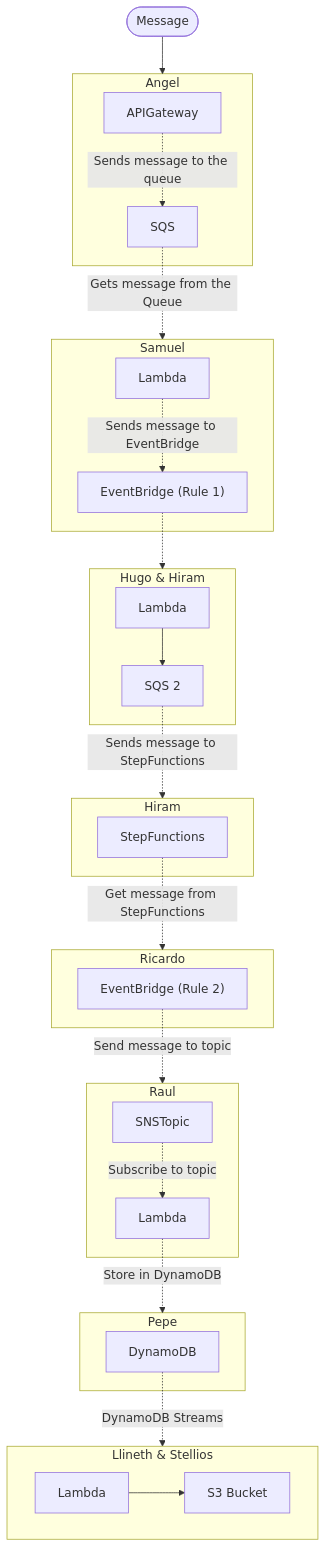
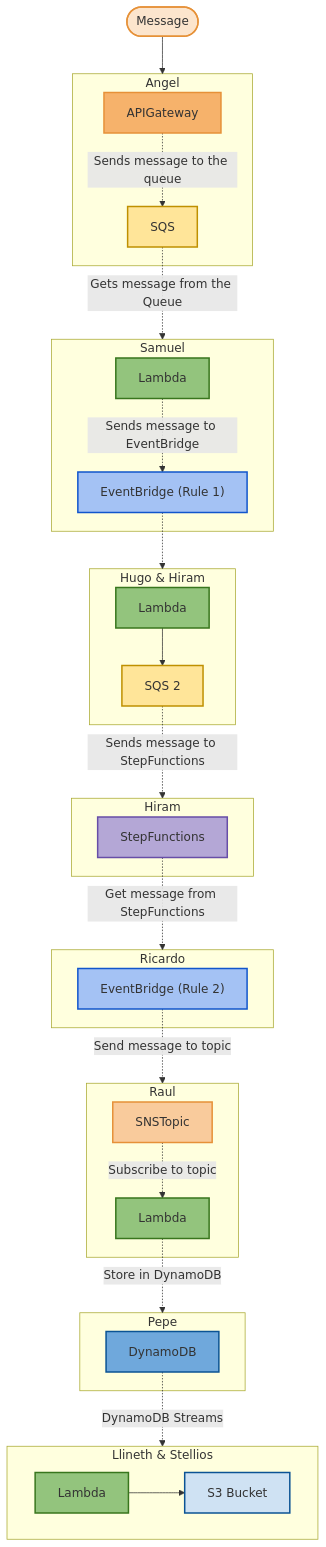
One commit to utiliware/message-router changed the diagram in README.md. Above: the diagram before and after it, drawn with Mermaid.

````diff
--- a/README.md
+++ b/README.md
@@ -1,50 +1,65 @@
 ``` mermaid
 flowchart TD
     Message([Message]) --> Angel
     
     subgraph Angel
         APIGateway -. "Sends message to the queue" .-> SQS1["SQS"]
     end
 
     SQS1 -. "Gets message from the Queue" .-> Samuel
 
     subgraph Samuel
         LambdaSamuel["Lambda"] -. "Sends message to EventBridge" .-> EventBridge1["EventBridge (Rule 1)"]
     end
 
     EventBridge1 -.-> Hugo_Hiram
 
     subgraph Hugo_Hiram["Hugo & Hiram"]
         LambdaHugoHiram["Lambda"] --> SQS2["SQS 2"]
     end
 
     SQS2 -. "Sends message to StepFunctions" .-> Hiram
 
     subgraph Hiram
         StepFunctions 
     end
 
     StepFunctions -. "Get message from StepFunctions" .-> Ricardo
 
     subgraph Ricardo
         EventBridge2["EventBridge (Rule 2)"]
     end
 
     EventBridge2 -. "Send message to topic" .-> Raul
 
     subgraph Raul
         SNSTopic -. "Subscribe to topic" .-> LambdaRaul["Lambda"]
     end
 
     LambdaRaul -. "Store in DynamoDB" .-> Pepe
 
     subgraph Pepe
         DynamoDB
     end
 
     DynamoDB -. "DynamoDB Streams" .-> Llineth_Stellios
 
     subgraph Llineth_Stellios["Llineth & Stellios"]
         LambdaS3["Lambda"] --> S3["S3 Bucket"]
     end
+
+    style Message fill:#fce5cd,stroke:#e69138,stroke-width:2px
+    style APIGateway fill:#f6b26b,stroke:#e69138,stroke-width:2px
+    style SQS1 fill:#ffe599,stroke:#bf9000,stroke-width:2px
+    style LambdaSamuel fill:#93c47d,stroke:#38761d,stroke-width:2px
+    style EventBridge1 fill:#a4c2f4,stroke:#1155cc,stroke-width:2px
+    style LambdaHugoHiram fill:#93c47d,stroke:#38761d,stroke-width:2px
+    style SQS2 fill:#ffe599,stroke:#bf9000,stroke-width:2px
+    style StepFunctions fill:#b4a7d6,stroke:#674ea7,stroke-width:2px
+    style EventBridge2 fill:#a4c2f4,stroke:#1155cc,stroke-width:2px
+    style SNSTopic fill:#f9cb9c,stroke:#e69138,stroke-width:2px
+    style LambdaRaul fill:#93c47d,stroke:#38761d,stroke-width:2px
+    style DynamoDB fill:#6fa8dc,stroke:#0b5394,stroke-width:2px
+    style LambdaS3 fill:#93c47d,stroke:#38761d,stroke-width:2px
+    style S3 fill:#cfe2f3,stroke:#0b5394,stroke-width:2px
 ```
````
